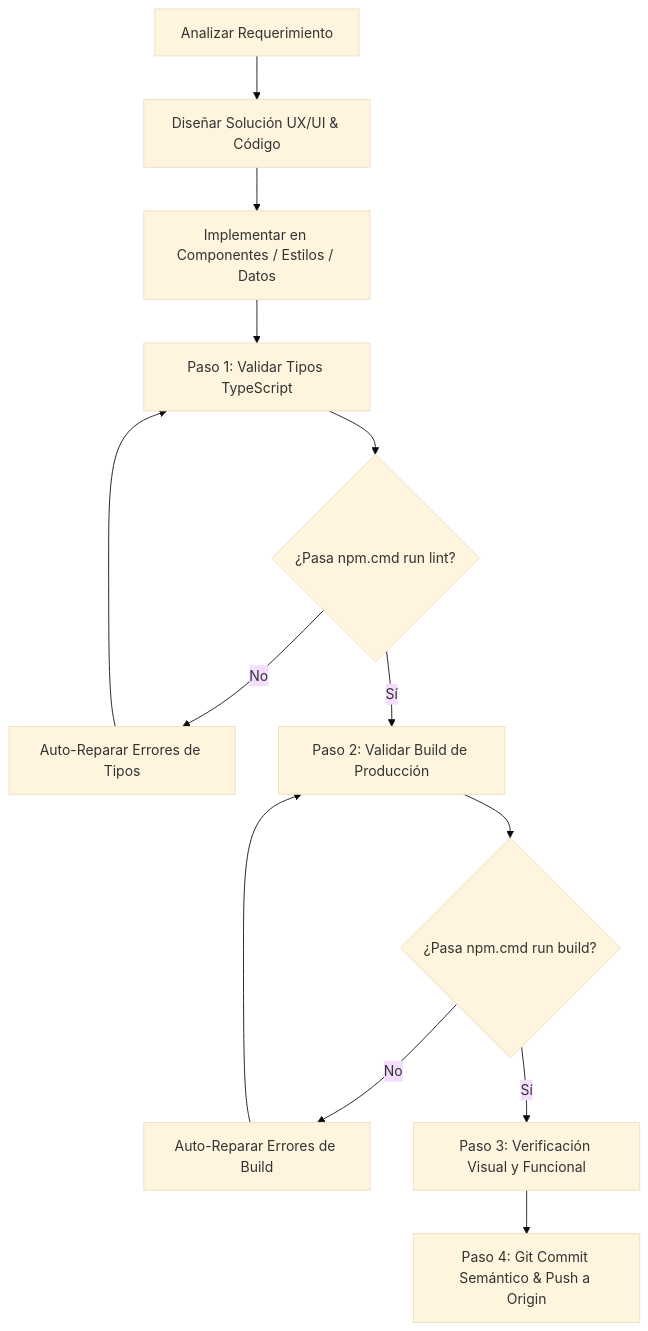
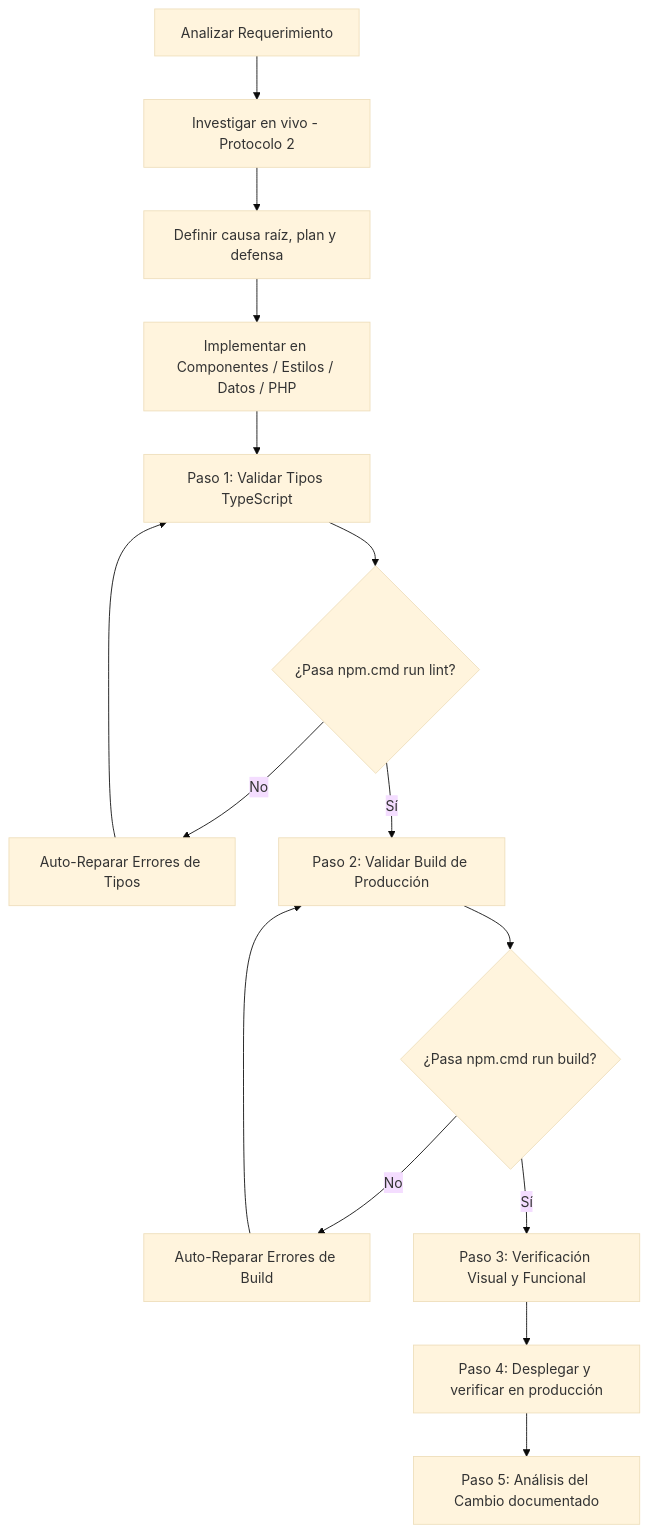
Before and after one commit to AylinGraphicsOficial/aylin-daniela-flores-portfolio: the diagram in .agents/skills/aylin-portfolio-expert/SKILL.md, drawn with Mermaid (base theme). The commit also changed other lines of this file and 23 other files, not shown here.

````diff
--- a/.agents/skills/aylin-portfolio-expert/SKILL.md
+++ b/.agents/skills/aylin-portfolio-expert/SKILL.md
@@ -75,13 +165,15 @@
 ```mermaid
 flowchart TD
-    A[Analizar Requerimiento] --> B[Diseñar Solución UX/UI & Código]
-    B --> C[Implementar en Componentes / Estilos / Datos]
-    C --> D[Paso 1: Validar Tipos TypeScript]
-    D --> E{¿Pasa npm.cmd run lint?}
-    E -- No --> F[Auto-Reparar Errores de Tipos] --> D
-    E -- Sí --> G[Paso 2: Validar Build de Producción]
-    G --> H{¿Pasa npm.cmd run build?}
-    H -- No --> I[Auto-Reparar Errores de Build] --> G
-    H -- Sí --> J[Paso 3: Verificación Visual y Funcional]
-    J --> K[Paso 4: Git Commit Semántico & Push a Origin]
+    A[Analizar Requerimiento] --> B[Investigar en vivo - Protocolo 2]
+    B --> C[Definir causa raíz, plan y defensa]
+    C --> D[Implementar en Componentes / Estilos / Datos / PHP]
+    D --> E[Paso 1: Validar Tipos TypeScript]
+    E --> F{¿Pasa npm.cmd run lint?}
+    F -- No --> G[Auto-Reparar Errores de Tipos] --> E
+    F -- Sí --> H[Paso 2: Validar Build de Producción]
+    H --> I{¿Pasa npm.cmd run build?}
+    I -- No --> J[Auto-Reparar Errores de Build] --> H
+    I -- Sí --> K[Paso 3: Verificación Visual y Funcional]
+    K --> L[Paso 4: Desplegar y verificar en producción]
+    L --> M[Paso 5: Análisis del Cambio documentado]
 ```
````
